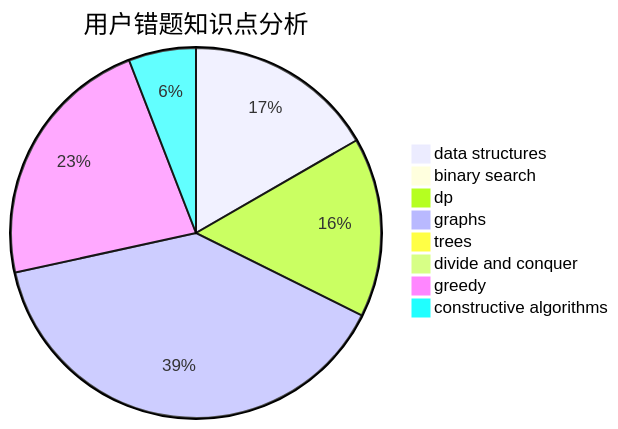
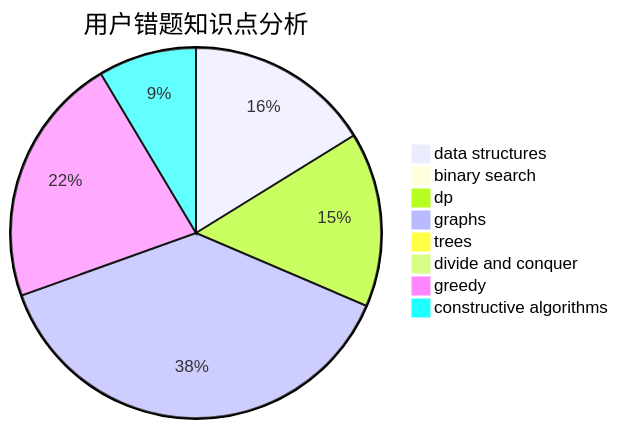
Before and after one commit to sherpahu/cfrs.github.io: the third of 3 diagrams in docs/user/u535.md, drawn with Mermaid. The commit also changed other lines of this file and 2770 other files, not shown here.

````diff
--- a/docs/user/u535.md
+++ b/docs/user/u535.md
@@ -36,11 +36,11 @@
 ```mermaid
 pie title 用户错题知识点分析
     "data structures" :  17
     "binary search" :  0
     "dp" :  16
     "graphs" :  40
     "trees" :  0
     "divide and conquer" :  0
     "greedy" :  23
-    "constructive algorithms" :  6
+    "constructive algorithms" :  9
 ```
````
